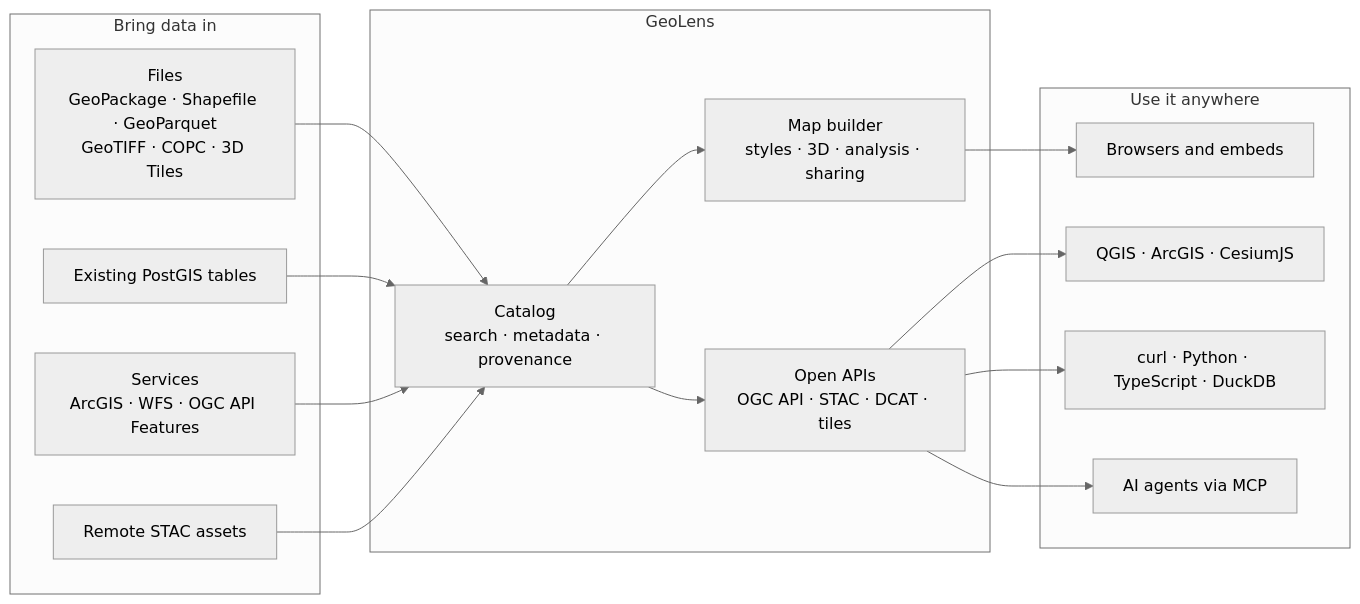
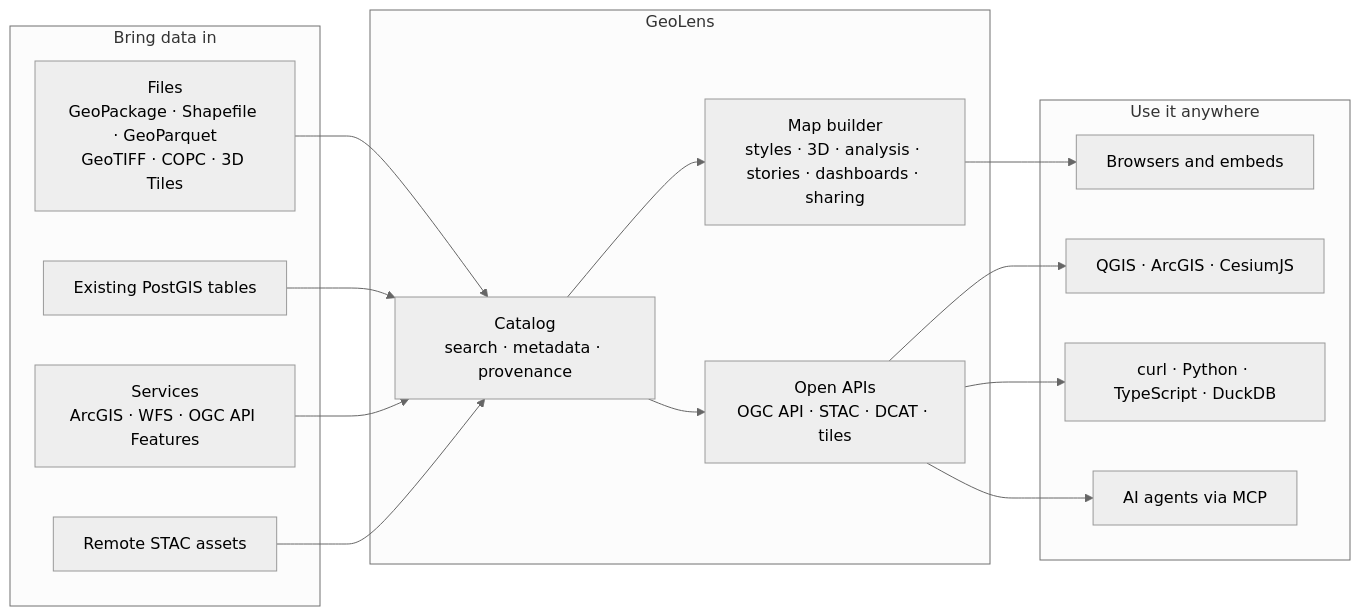
The diagram in data/readmes/geolens-io__geolens.md (zqf20096327/dbhub_collect), drawn with Mermaid (neutral theme) before and after one commit. The commit also changed other lines of this file and 466 other files, not shown here.

````diff
--- a/data/readmes/geolens-io__geolens.md
+++ b/data/readmes/geolens-io__geolens.md
@@ -141,23 +141,23 @@
 ```mermaid
 flowchart LR
     subgraph IN ["Bring data in"]
       F["Files<br/>GeoPackage · Shapefile · GeoParquet<br/>GeoTIFF · COPC · 3D Tiles"]
       DB["Existing PostGIS tables"]
       SVC["Services<br/>ArcGIS · WFS · OGC API Features"]
       ST["Remote STAC assets"]
     end
     subgraph GL ["GeoLens"]
       CAT["Catalog<br/>search · metadata · provenance"]
-      MB["Map builder<br/>styles · 3D · analysis · sharing"]
+      MB["Map builder<br/>styles · 3D · analysis · stories · dashboards · sharing"]
       STD["Open APIs<br/>OGC API · STAC · DCAT · tiles"]
     end
     subgraph OUT ["Use it anywhere"]
       WEB["Browsers and embeds"]
       GIS["QGIS · ArcGIS · CesiumJS"]
       CODE["curl · Python · TypeScript · DuckDB"]
       AG["AI agents via MCP"]
     end
     F & DB & SVC & ST --> CAT
     CAT --> MB --> WEB
     CAT --> STD --> GIS & CODE & AG
 ```
````
